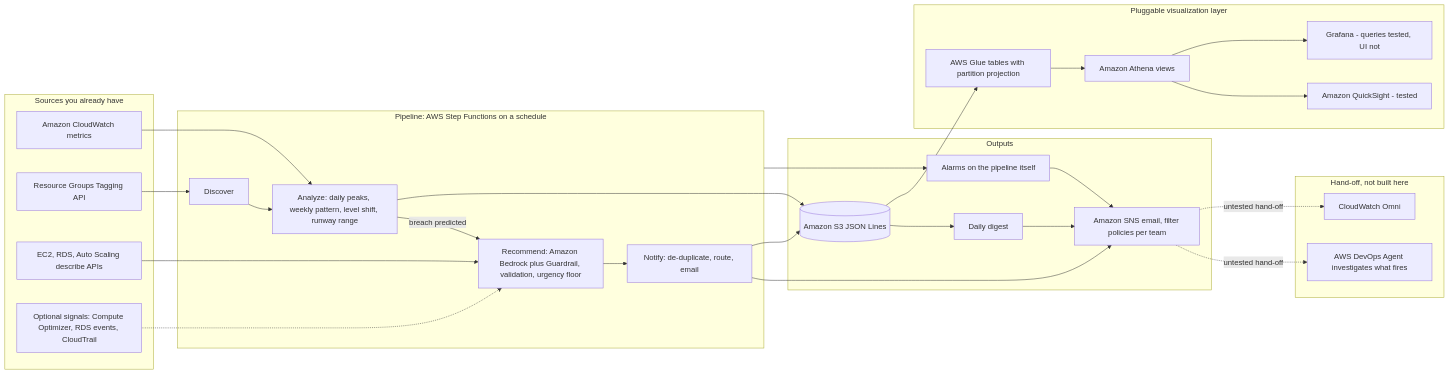
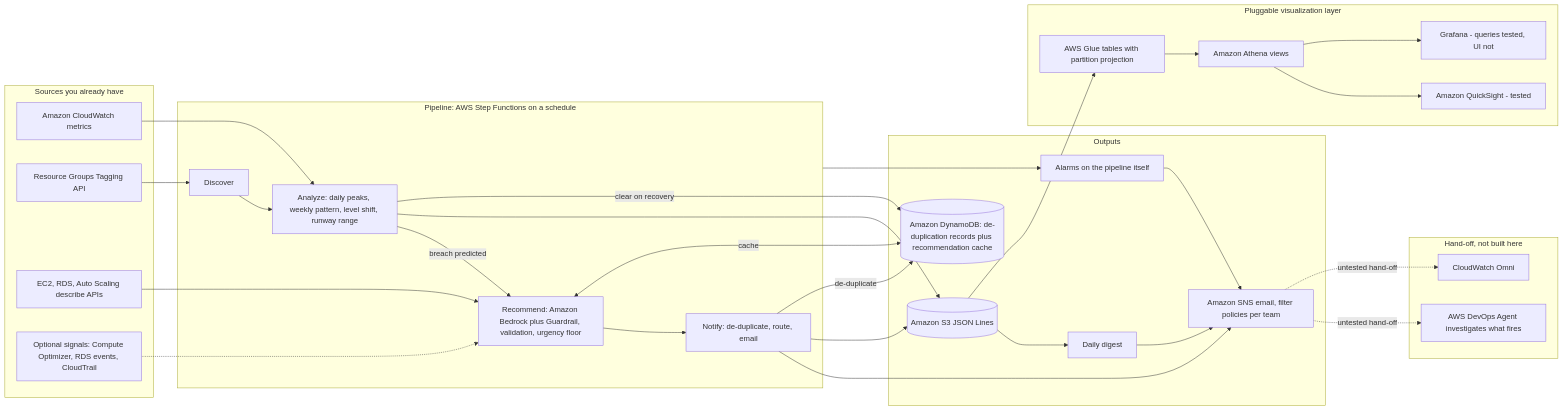
The diagram in docs/ARCHITECTURE.md (aws-samples/sample-capacity-foresight-with-amazon-bedrock), drawn with Mermaid before and after one commit. The commit also changed 2 other files, not shown here.

Commit message:
Updated the architecture diagram - deduplicate, cache, clear on recovery

````diff
--- a/docs/ARCHITECTURE.md
+++ b/docs/ARCHITECTURE.md
@@ -13,51 +13,55 @@
 ```mermaid
 flowchart LR
   subgraph SRC[Sources you already have]
     CW[Amazon CloudWatch metrics]
     TAG[Resource Groups Tagging API]
     DESC[EC2, RDS, Auto Scaling describe APIs]
     OPT[Optional signals: Compute Optimizer, RDS events, CloudTrail]
   end
 
   subgraph PIPE[Pipeline: AWS Step Functions on a schedule]
     D[Discover]
     A[Analyze: daily peaks, weekly pattern, level shift, runway range]
     R[Recommend: Amazon Bedrock plus Guardrail, validation, urgency floor]
     N[Notify: de-duplicate, route, email]
   end
 
   subgraph OUT[Outputs]
     SNS[Amazon SNS email, filter policies per team]
     DIG[Daily digest]
     S3[(Amazon S3 JSON Lines)]
+    DDB[(Amazon DynamoDB: de-duplication records plus recommendation cache)]
     ALM[Alarms on the pipeline itself]
   end
 
   subgraph VIEW[Pluggable visualization layer]
     GLUE[AWS Glue tables with partition projection]
     ATH[Amazon Athena views]
     QS[Amazon QuickSight - tested]
     GF[Grafana - queries tested, UI not]
   end
 
   subgraph NEXT[Hand-off, not built here]
     DOA[AWS DevOps Agent investigates what fires]
     OMNI[CloudWatch Omni]
   end
 
   TAG --> D --> A
   CW --> A
   A -->|breach predicted| R
   DESC --> R
   OPT -.-> R
   R --> N --> SNS
   N --> S3
   A --> S3
+  N -->|de-duplicate| DDB
+  R <-->|cache| DDB
+  A -->|clear on recovery| DDB
   S3 --> DIG --> SNS
   S3 --> GLUE --> ATH
   ATH --> QS
   ATH --> GF
   PIPE --> ALM --> SNS
   SNS -.->|untested hand-off| DOA
   SNS -.->|untested hand-off| OMNI
 ```
````
